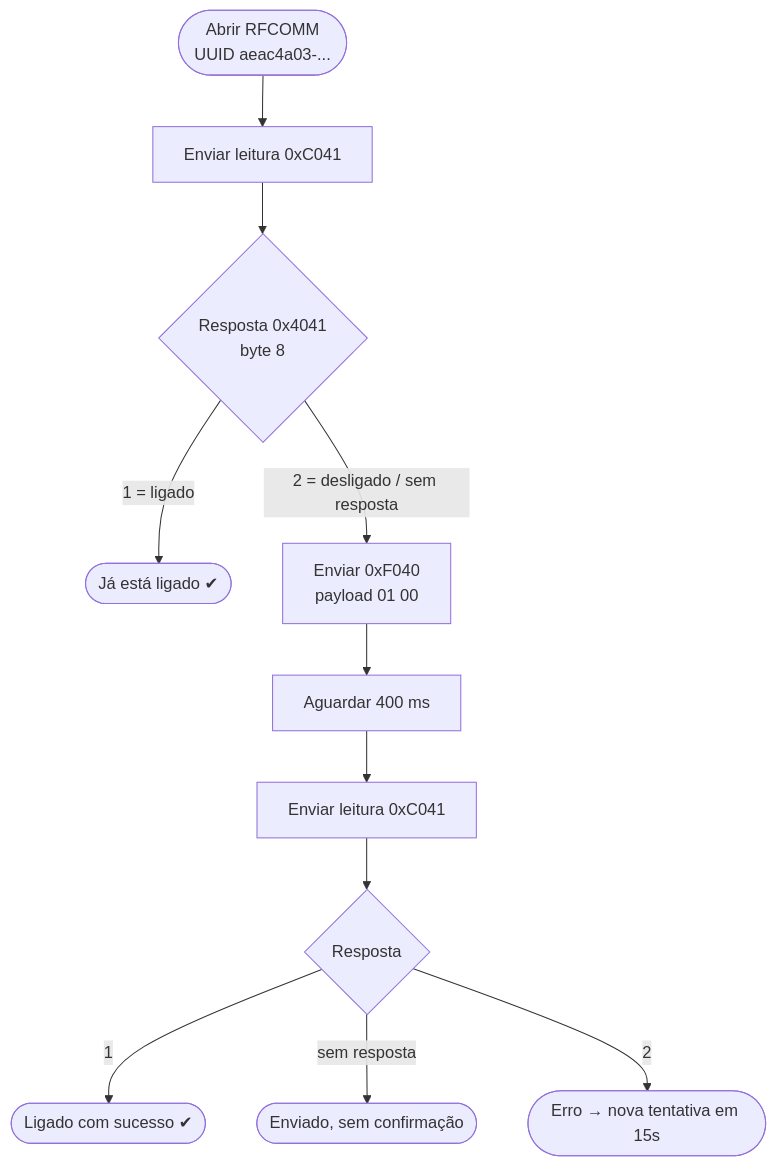
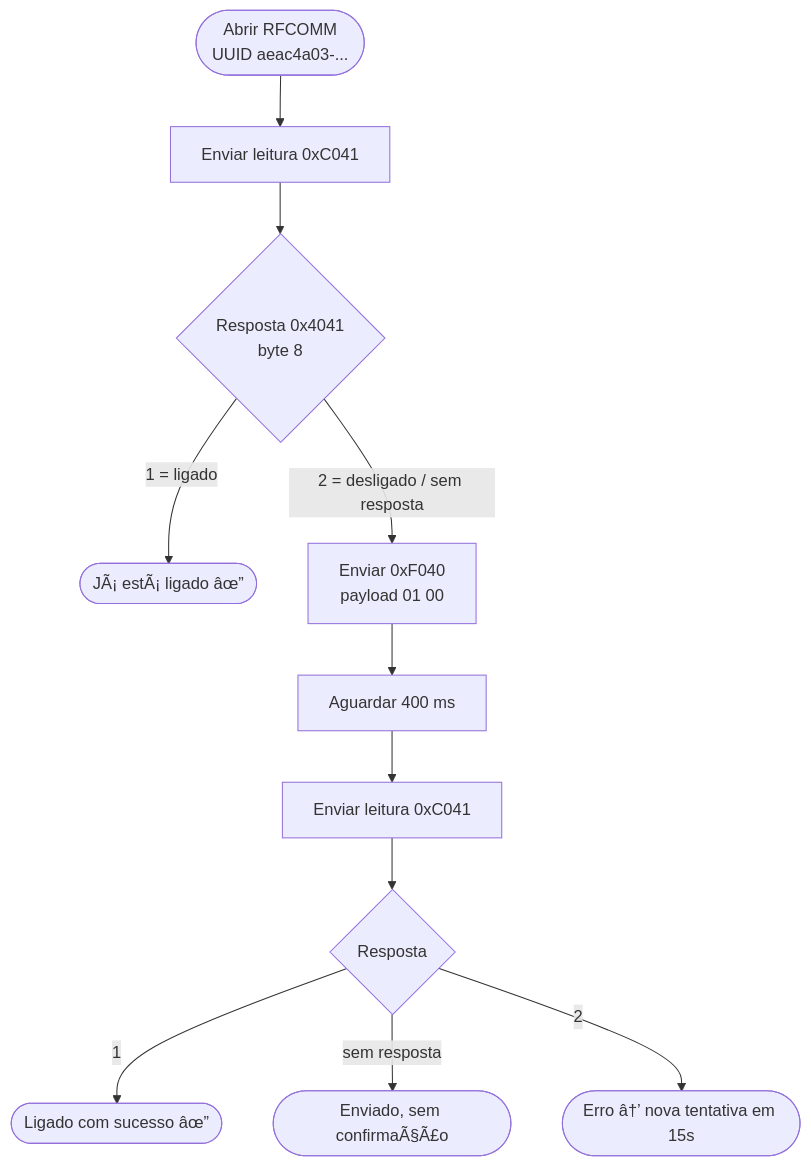
The third of 5 diagrams in README.md (leorr/headset-low-latency), drawn with Mermaid before and after one commit. The commit also changed other lines of this file, not shown here.

````diff
--- a/README.md
+++ b/README.md
@@ -88,13 +88,13 @@
 ```mermaid
 flowchart TD
     A([Abrir RFCOMM<br/>UUID aeac4a03-...]) --> B[Enviar leitura 0xC041]
     B --> C{Resposta 0x4041<br/>byte 8}
-    C -- 1 = ligado --> D([Já está ligado ✔])
+    C -- 1 = ligado --> D([JÃ¡ estÃ¡ ligado âœ”])
     C -- 2 = desligado / sem resposta --> E[Enviar 0xF040<br/>payload 01 00]
     E --> F[Aguardar 400 ms]
     F --> G[Enviar leitura 0xC041]
     G --> H{Resposta}
-    H -- 1 --> I([Ligado com sucesso ✔])
-    H -- sem resposta --> J([Enviado, sem confirmação])
-    H -- 2 --> K([Erro → nova tentativa em 15s])
+    H -- 1 --> I([Ligado com sucesso âœ”])
+    H -- sem resposta --> J([Enviado, sem confirmaÃ§Ã£o])
+    H -- 2 --> K([Erro â†’ nova tentativa em 15s])
 ```
````
